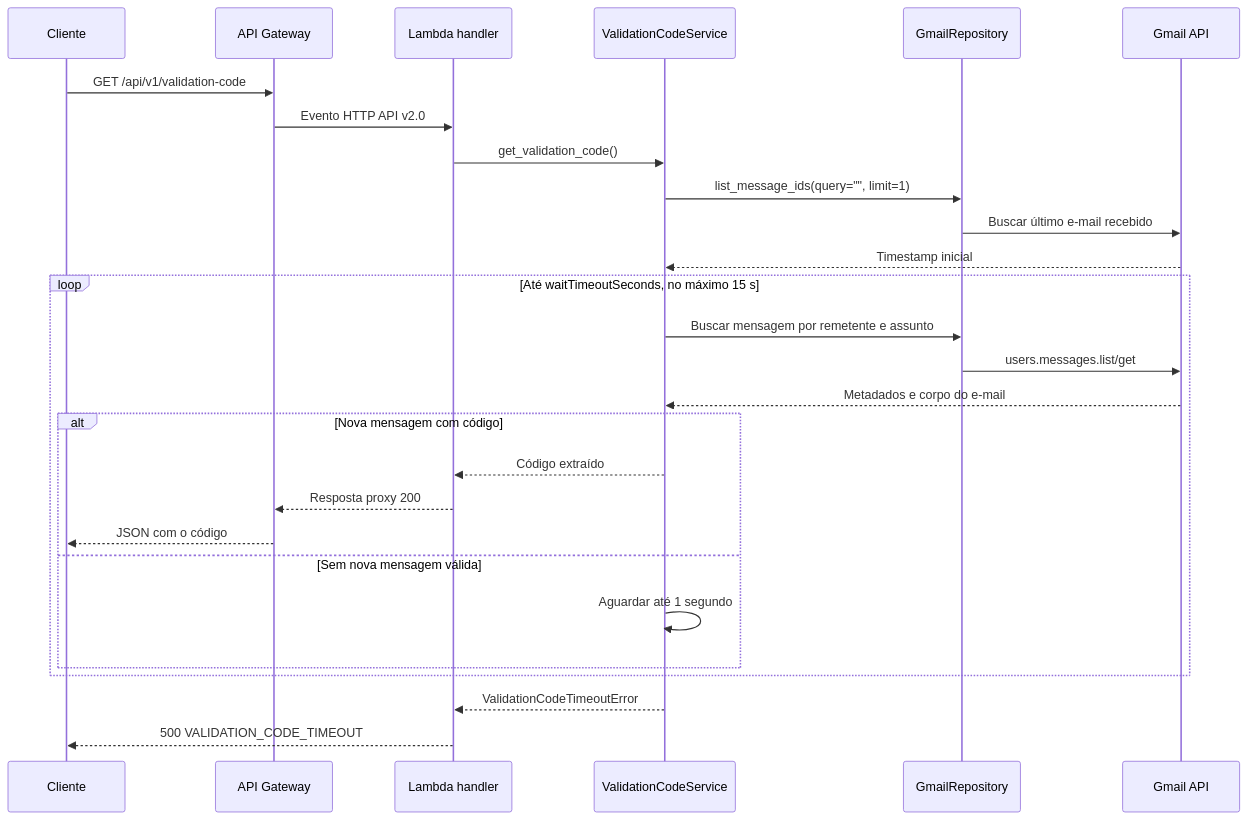
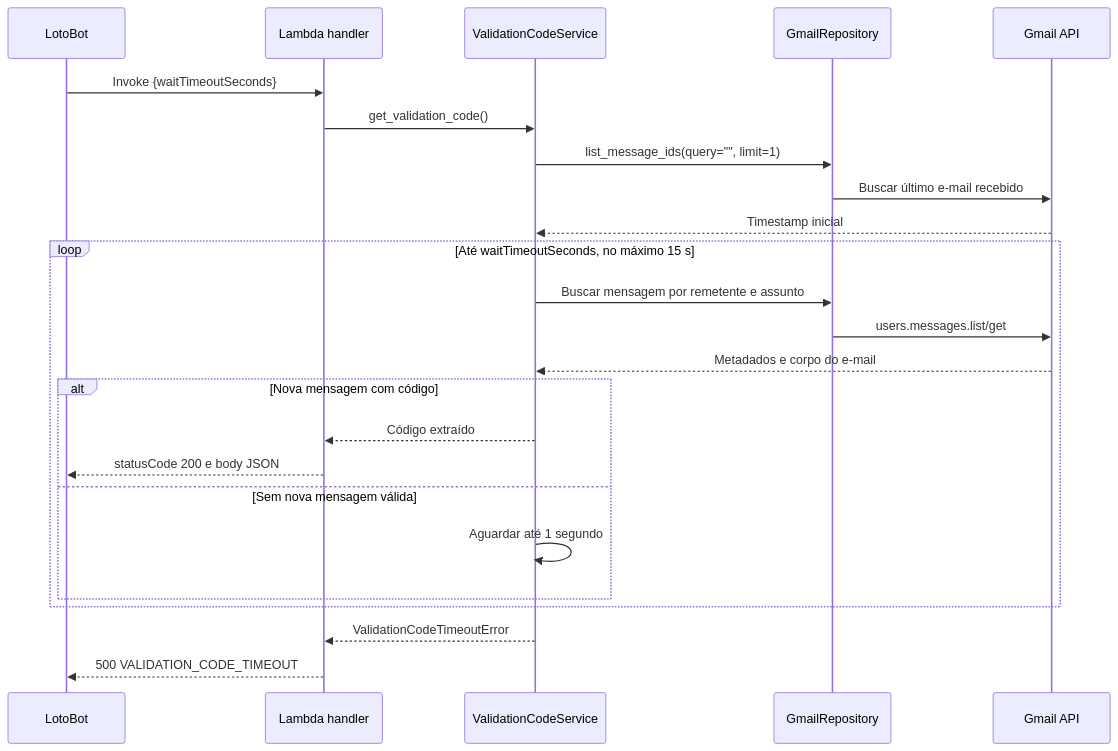
Before and after one commit to cams7-ai/gmail-reader-aws: the third of 3 diagrams in README.md, drawn with Mermaid. The commit also changed other lines of this file and 6 other files, not shown here.

````diff
--- a/README.md
+++ b/README.md
@@ -142,33 +140,30 @@
 ```mermaid
 sequenceDiagram
-    participant Client as Cliente
-    participant APIGW as API Gateway
+    participant Client as LotoBot
     participant Lambda as Lambda handler
     participant Service as ValidationCodeService
     participant Repo as GmailRepository
     participant Gmail as Gmail API
 
-    Client->>APIGW: GET /api/v1/validation-code
-    APIGW->>Lambda: Evento HTTP API v2.0
+    Client->>Lambda: Invoke {waitTimeoutSeconds}
     Lambda->>Service: get_validation_code()
     Service->>Repo: list_message_ids(query="", limit=1)
     Repo->>Gmail: Buscar último e-mail recebido
     Gmail-->>Service: Timestamp inicial
 
     loop Até waitTimeoutSeconds, no máximo 15 s
         Service->>Repo: Buscar mensagem por remetente e assunto
         Repo->>Gmail: users.messages.list/get
         Gmail-->>Service: Metadados e corpo do e-mail
 
         alt Nova mensagem com código
             Service-->>Lambda: Código extraído
-            Lambda-->>APIGW: Resposta proxy 200
-            APIGW-->>Client: JSON com o código
+            Lambda-->>Client: statusCode 200 e body JSON
         else Sem nova mensagem válida
             Service->>Service: Aguardar até 1 segundo
         end
     end
 
     Service-->>Lambda: ValidationCodeTimeoutError
     Lambda-->>Client: 500 VALIDATION_CODE_TIMEOUT
 ```
````
